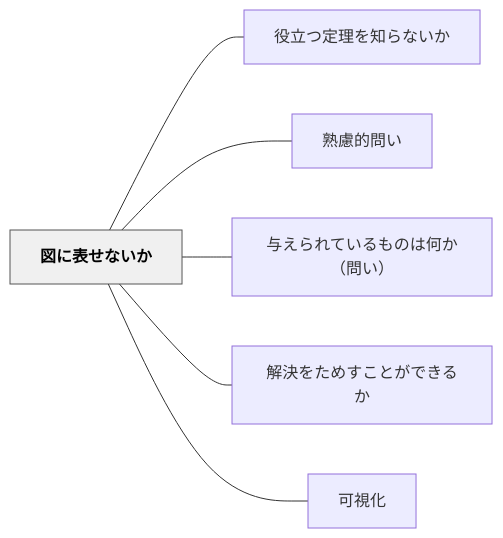
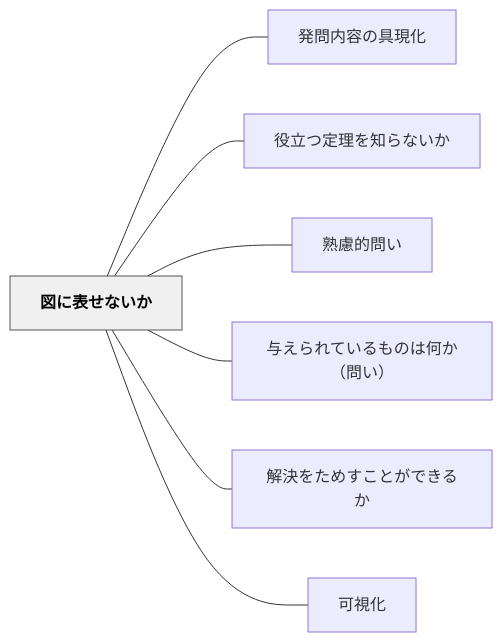
One commit to unknownthings-ed-patterns/unknownthings-ed-patterns changed the diagram in content/パタン/図に表せないか.md. Above: the diagram before and after it, drawn with Mermaid. The commit also changed other lines of this file and 28 other files, not shown here.

````diff
--- a/content/パタン/図に表せないか.md
+++ b/content/パタン/図に表せないか.md
@@ -43,18 +44,20 @@
 ```mermaid
 flowchart LR
     ne59bb3e381abe8a1a8e3819be381aae38184e3818b["図に表せないか"]
+    ne799bae5958fe58685e5aeb9e381aee585b7e78fbee58c96["発問内容の具現化"]
     ne5bdb9e7ab8be381a4e5ae9ae79086e38292e79fa5e38289e381aae38184e3818b["役立つ定理を知らないか"]
     ne7869fe685aee79a84e5958fe38184["熟慮的問い"]
     ne4b88ee38188e38289e3828ce381a6e38184e3828be38282e381aee381afe4bd95e3818befbc88e5958fe38184efbc89["与えられているものは何か（問い）"]
     ne8a7a3e6b1bae38292e3819fe38281e38199e38193e381a8e3818ce381a7e3818de3828be3818b["解決をためすことができるか"]
     ne58fafe8a696e58c96["可視化"]
 
+    ne59bb3e381abe8a1a8e3819be381aae38184e3818b --- ne799bae5958fe58685e5aeb9e381aee585b7e78fbee58c96
     ne59bb3e381abe8a1a8e3819be381aae38184e3818b --- ne5bdb9e7ab8be381a4e5ae9ae79086e38292e79fa5e38289e381aae38184e3818b
     ne59bb3e381abe8a1a8e3819be381aae38184e3818b --- ne7869fe685aee79a84e5958fe38184
     ne59bb3e381abe8a1a8e3819be381aae38184e3818b --- ne4b88ee38188e38289e3828ce381a6e38184e3828be38282e381aee381afe4bd95e3818befbc88e5958fe38184efbc89
     ne59bb3e381abe8a1a8e3819be381aae38184e3818b --- ne8a7a3e6b1bae38292e3819fe38281e38199e38193e381a8e3818ce381a7e3818de3828be3818b
     ne59bb3e381abe8a1a8e3819be381aae38184e3818b --- ne58fafe8a696e58c96
 
     classDef hub fill:#f0f0f0,stroke:#555,color:#000,font-weight:bold
     class ne59bb3e381abe8a1a8e3819be381aae38184e3818b hub
 ```
````
